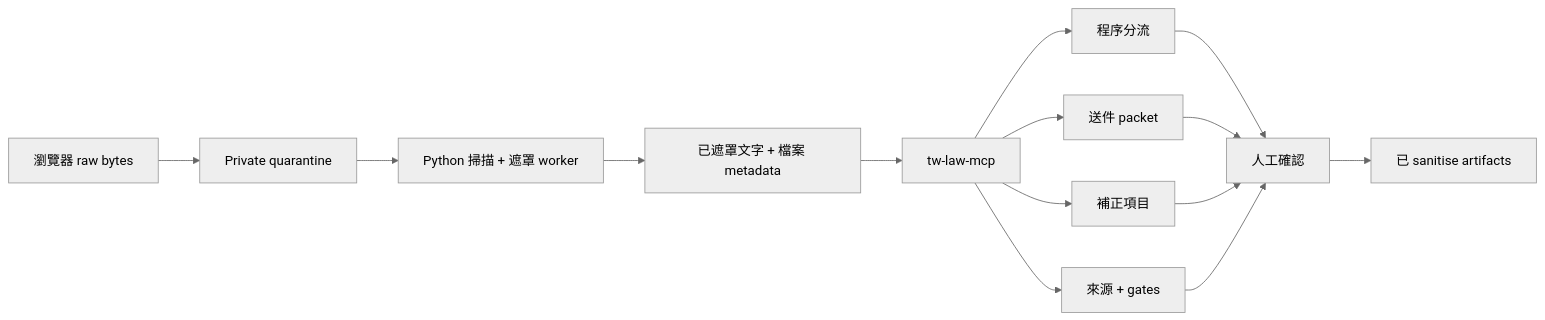
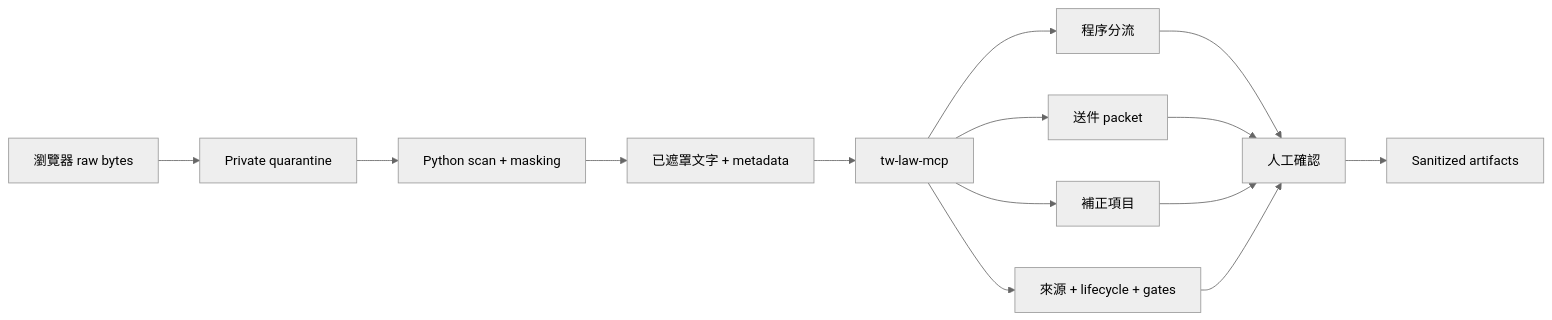
Before and after one commit to trionnemesis/cc-crossbeam-tw: the diagram in README.zh-TW.md, drawn with Mermaid (neutral theme). The commit also changed other lines of this file, not shown here.

Commit message:
docs: sync zh-TW lifecycle and 0.5.0 status (#18)

````diff
--- a/README.zh-TW.md
+++ b/README.zh-TW.md
@@ -49,17 +67,17 @@
 ```mermaid
 flowchart LR
-    A[已遮罩文字 + 檔案 metadata] --> B[tw-law-mcp]
+    A[已遮罩文字 + metadata] --> B[tw-law-mcp]
     B --> C[程序分流]
     B --> D[送件 packet]
     B --> E[補正項目]
-    B --> F[來源 + gates]
+    B --> F[來源 + lifecycle + gates]
     C --> G[人工確認]
     D --> G
     E --> G
     F --> G
 
     R[瀏覽器 raw bytes] --> Q[Private quarantine]
-    Q --> W[Python 掃描 + 遮罩 worker]
+    Q --> W[Python scan + masking]
     W --> A
-    G --> S[已 sanitise artifacts]
+    G --> S[Sanitized artifacts]
 ```
````
